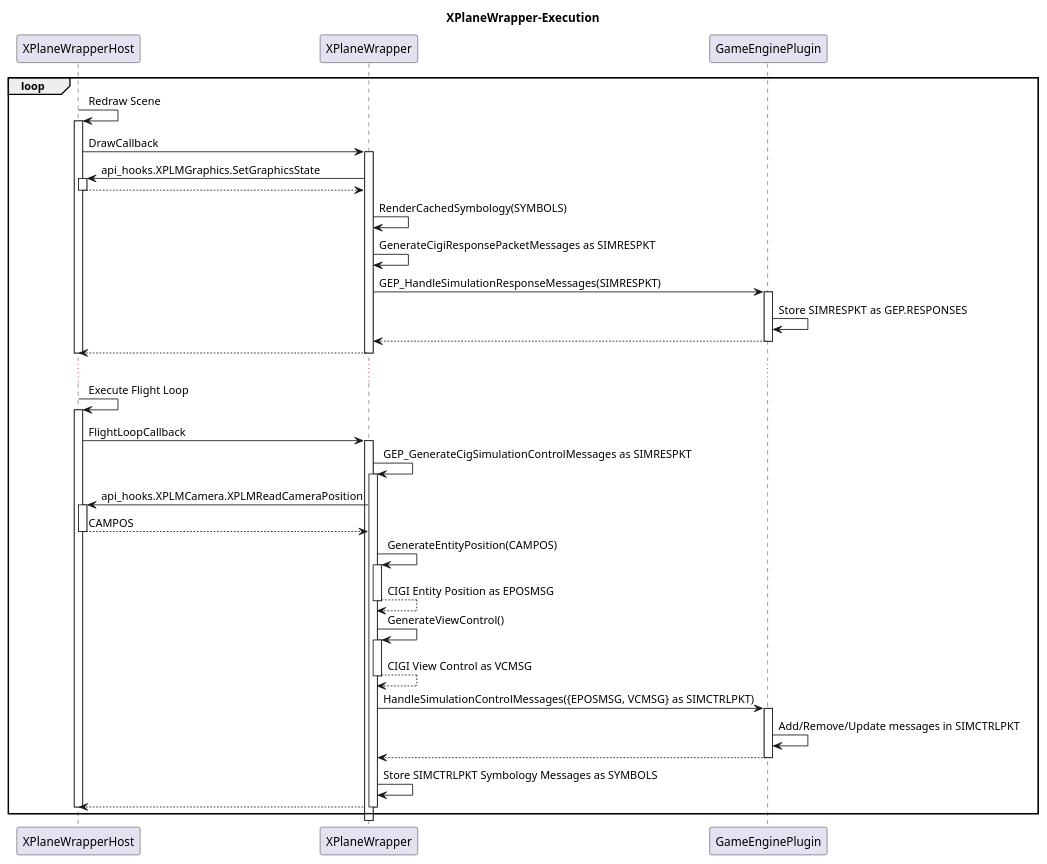
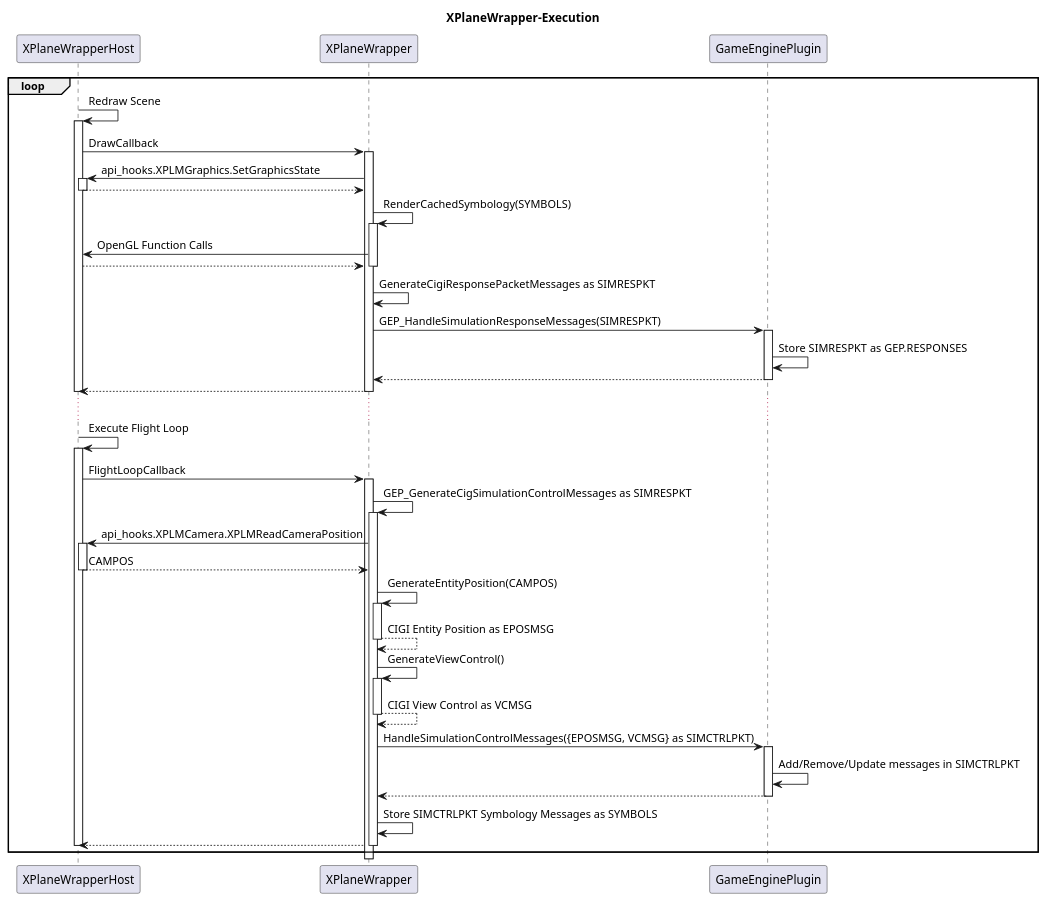
One commit to stevostj/Sandbox changed the diagram in GameEnginePlugin/Docs/SourceDiagrams/GameEnginePlugin-XPlaneWrapperExecution-Sequence.plantuml. Above: the diagram before and after it, drawn with PlantUML. The commit also changed 8 other files, not shown here.

```diff
--- a/GameEnginePlugin/Docs/SourceDiagrams/GameEnginePlugin-XPlaneWrapperExecution-Sequence.plantuml
+++ b/GameEnginePlugin/Docs/SourceDiagrams/GameEnginePlugin-XPlaneWrapperExecution-Sequence.plantuml
@@ -1,64 +1,68 @@
 @startuml
 
 title "XPlaneWrapper-Execution"
 
 participant "XPlaneWrapperHost" as XPWH
 participant "XPlaneWrapper" as XPW
 participant "GameEnginePlugin" as GEP
 
 loop 
 XPWH -> XPWH: Redraw Scene
 activate XPWH
 
 XPWH -> XPW: DrawCallback
 activate XPW
 XPW -> XPWH: api_hooks.XPLMGraphics.SetGraphicsState
 activate XPWH
 XPWH --> XPW
 deactivate XPWH
 XPW -> XPW: RenderCachedSymbology(SYMBOLS)
+activate XPW
+XPW -> XPWH: OpenGL Function Calls
+XPWH --> XPW
+deactivate XPW
 XPW -> XPW: GenerateCigiResponsePacketMessages as SIMRESPKT
 XPW -> GEP: GEP_HandleSimulationResponseMessages(SIMRESPKT)
 activate GEP
 GEP -> GEP: Store SIMRESPKT as GEP.RESPONSES
 GEP --> XPW
 deactivate GEP
 XPW --> XPWH
 deactivate XPW
 deactivate XPWH
 
 ...
 
 XPWH -> XPWH: Execute Flight Loop
 activate XPWH
 
 XPWH -> XPW: FlightLoopCallback
 activate XPW
 XPW -> XPW: GEP_GenerateCigSimulationControlMessages as SIMRESPKT
 activate XPW
 XPW -> XPWH: api_hooks.XPLMCamera.XPLMReadCameraPosition
 activate XPWH
 XPWH --> XPW: CAMPOS
 deactivate XPWH
 XPW -> XPW: GenerateEntityPosition(CAMPOS)
 activate XPW
 XPW --> XPW: CIGI Entity Position as EPOSMSG
 deactivate XPW
 XPW -> XPW: GenerateViewControl()
 activate XPW
 XPW --> XPW: CIGI View Control as VCMSG
 deactivate XPW
 
 XPW -> GEP: HandleSimulationControlMessages({EPOSMSG, VCMSG} as SIMCTRLPKT)
 activate GEP
 GEP -> GEP: Add/Remove/Update messages in SIMCTRLPKT
 GEP --> XPW
 deactivate GEP
 XPW -> XPW: Store SIMCTRLPKT Symbology Messages as SYMBOLS
 XPW --> XPWH
 deactivate XPW
 deactivate XPWH
 
 end
 
 @enduml
```
